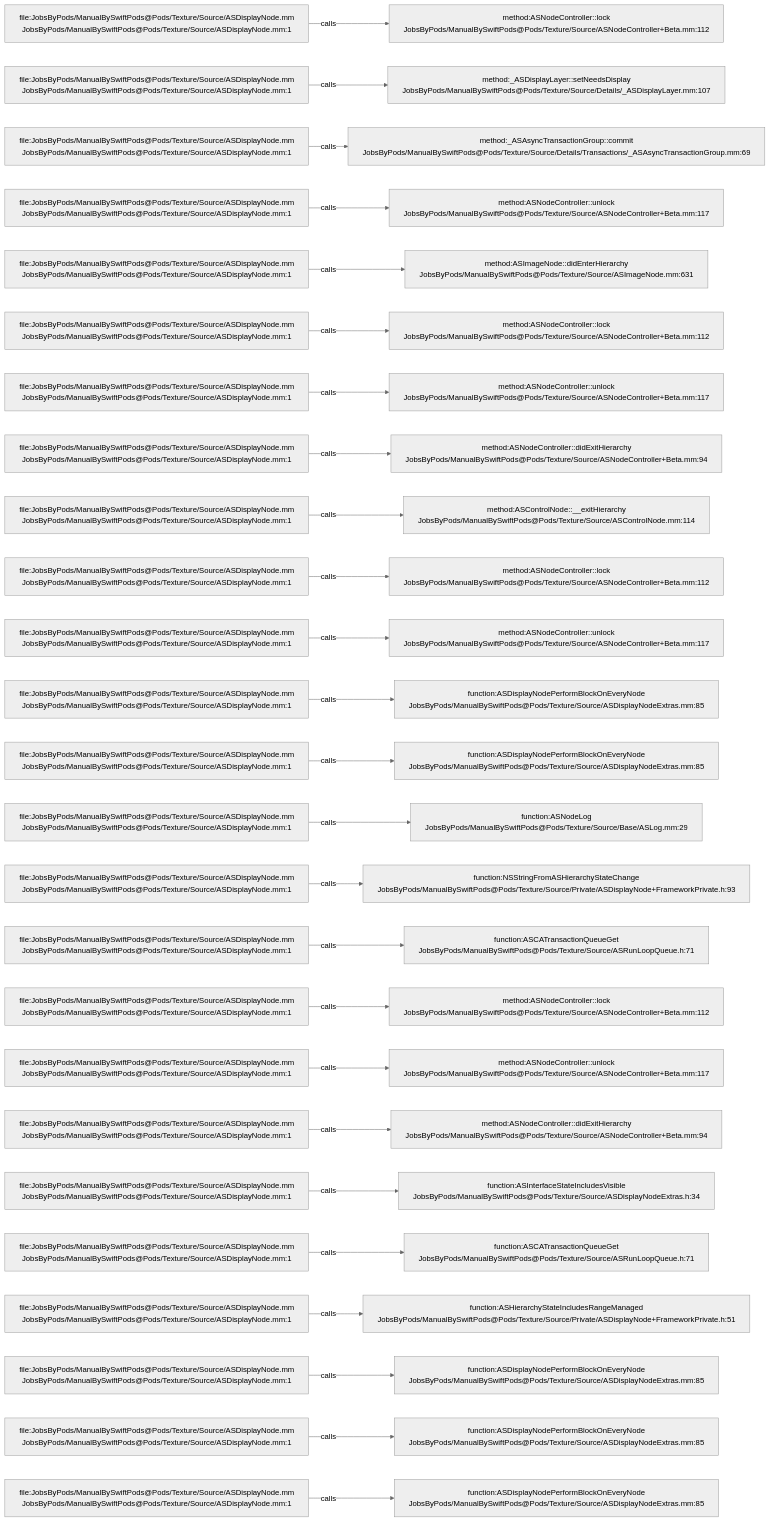
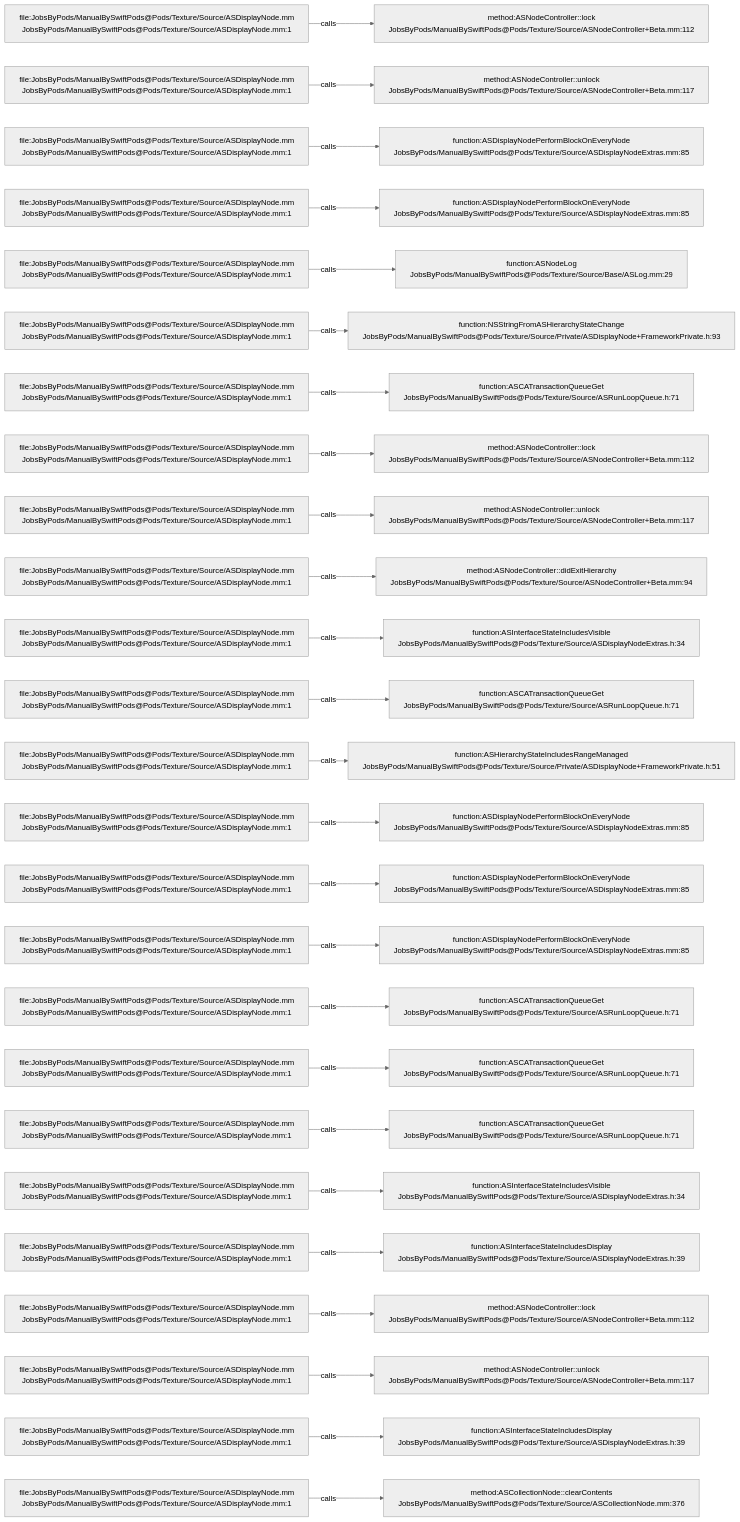
One commit to JobsKits/JobsSwiftBaseConfigDemo changed the diagram in .codegraph/codegraph.md/graphs/calls-034.md. Above: the diagram before and after it, drawn with Mermaid (neutral theme). The commit also changed 707 other files, not shown here.

````diff
--- a/.codegraph/codegraph.md/graphs/calls-034.md
+++ b/.codegraph/codegraph.md/graphs/calls-034.md
@@ -13,78 +13,78 @@
 ```mermaid
 flowchart LR
   S1["file:JobsByPods/ManualBySwiftPods@Pods/Texture/Source/ASDisplayNode.mm<br/>JobsByPods/ManualBySwiftPods@Pods/Texture/Source/ASDisplayNode.mm:1"]
   T1["method:ASNodeController::lock<br/>JobsByPods/ManualBySwiftPods@Pods/Texture/Source/ASNodeController+Beta.mm:112"]
   S1 -->|calls| T1
   S2["file:JobsByPods/ManualBySwiftPods@Pods/Texture/Source/ASDisplayNode.mm<br/>JobsByPods/ManualBySwiftPods@Pods/Texture/Source/ASDisplayNode.mm:1"]
-  T2["method:_ASDisplayLayer::setNeedsDisplay<br/>JobsByPods/ManualBySwiftPods@Pods/Texture/Source/Details/_ASDisplayLayer.mm:107"]
+  T2["method:ASNodeController::unlock<br/>JobsByPods/ManualBySwiftPods@Pods/Texture/Source/ASNodeController+Beta.mm:117"]
   S2 -->|calls| T2
   S3["file:JobsByPods/ManualBySwiftPods@Pods/Texture/Source/ASDisplayNode.mm<br/>JobsByPods/ManualBySwiftPods@Pods/Texture/Source/ASDisplayNode.mm:1"]
-  T3["method:_ASAsyncTransactionGroup::commit<br/>JobsByPods/ManualBySwiftPods@Pods/Texture/Source/Details/Transactions/_ASAsyncTransactionGroup.mm:69"]
+  T3["function:ASDisplayNodePerformBlockOnEveryNode<br/>JobsByPods/ManualBySwiftPods@Pods/Texture/Source/ASDisplayNodeExtras.mm:85"]
   S3 -->|calls| T3
   S4["file:JobsByPods/ManualBySwiftPods@Pods/Texture/Source/ASDisplayNode.mm<br/>JobsByPods/ManualBySwiftPods@Pods/Texture/Source/ASDisplayNode.mm:1"]
-  T4["method:ASNodeController::unlock<br/>JobsByPods/ManualBySwiftPods@Pods/Texture/Source/ASNodeController+Beta.mm:117"]
+  T4["function:ASDisplayNodePerformBlockOnEveryNode<br/>JobsByPods/ManualBySwiftPods@Pods/Texture/Source/ASDisplayNodeExtras.mm:85"]
   S4 -->|calls| T4
   S5["file:JobsByPods/ManualBySwiftPods@Pods/Texture/Source/ASDisplayNode.mm<br/>JobsByPods/ManualBySwiftPods@Pods/Texture/Source/ASDisplayNode.mm:1"]
-  T5["method:ASImageNode::didEnterHierarchy<br/>JobsByPods/ManualBySwiftPods@Pods/Texture/Source/ASImageNode.mm:631"]
+  T5["function:ASNodeLog<br/>JobsByPods/ManualBySwiftPods@Pods/Texture/Source/Base/ASLog.mm:29"]
   S5 -->|calls| T5
   S6["file:JobsByPods/ManualBySwiftPods@Pods/Texture/Source/ASDisplayNode.mm<br/>JobsByPods/ManualBySwiftPods@Pods/Texture/Source/ASDisplayNode.mm:1"]
-  T6["method:ASNodeController::lock<br/>JobsByPods/ManualBySwiftPods@Pods/Texture/Source/ASNodeController+Beta.mm:112"]
+  T6["function:NSStringFromASHierarchyStateChange<br/>JobsByPods/ManualBySwiftPods@Pods/Texture/Source/Private/ASDisplayNode+FrameworkPrivate.h:93"]
   S6 -->|calls| T6
   S7["file:JobsByPods/ManualBySwiftPods@Pods/Texture/Source/ASDisplayNode.mm<br/>JobsByPods/ManualBySwiftPods@Pods/Texture/Source/ASDisplayNode.mm:1"]
-  T7["method:ASNodeController::unlock<br/>JobsByPods/ManualBySwiftPods@Pods/Texture/Source/ASNodeController+Beta.mm:117"]
+  T7["function:ASCATransactionQueueGet<br/>JobsByPods/ManualBySwiftPods@Pods/Texture/Source/ASRunLoopQueue.h:71"]
   S7 -->|calls| T7
   S8["file:JobsByPods/ManualBySwiftPods@Pods/Texture/Source/ASDisplayNode.mm<br/>JobsByPods/ManualBySwiftPods@Pods/Texture/Source/ASDisplayNode.mm:1"]
-  T8["method:ASNodeController::didExitHierarchy<br/>JobsByPods/ManualBySwiftPods@Pods/Texture/Source/ASNodeController+Beta.mm:94"]
+  T8["method:ASNodeController::lock<br/>JobsByPods/ManualBySwiftPods@Pods/Texture/Source/ASNodeController+Beta.mm:112"]
   S8 -->|calls| T8
   S9["file:JobsByPods/ManualBySwiftPods@Pods/Texture/Source/ASDisplayNode.mm<br/>JobsByPods/ManualBySwiftPods@Pods/Texture/Source/ASDisplayNode.mm:1"]
-  T9["method:ASControlNode::__exitHierarchy<br/>JobsByPods/ManualBySwiftPods@Pods/Texture/Source/ASControlNode.mm:114"]
+  T9["method:ASNodeController::unlock<br/>JobsByPods/ManualBySwiftPods@Pods/Texture/Source/ASNodeController+Beta.mm:117"]
   S9 -->|calls| T9
   S10["file:JobsByPods/ManualBySwiftPods@Pods/Texture/Source/ASDisplayNode.mm<br/>JobsByPods/ManualBySwiftPods@Pods/Texture/Source/ASDisplayNode.mm:1"]
-  T10["method:ASNodeController::lock<br/>JobsByPods/ManualBySwiftPods@Pods/Texture/Source/ASNodeController+Beta.mm:112"]
+  T10["method:ASNodeController::didExitHierarchy<br/>JobsByPods/ManualBySwiftPods@Pods/Texture/Source/ASNodeController+Beta.mm:94"]
   S10 -->|calls| T10
   S11["file:JobsByPods/ManualBySwiftPods@Pods/Texture/Source/ASDisplayNode.mm<br/>JobsByPods/ManualBySwiftPods@Pods/Texture/Source/ASDisplayNode.mm:1"]
-  T11["method:ASNodeController::unlock<br/>JobsByPods/ManualBySwiftPods@Pods/Texture/Source/ASNodeController+Beta.mm:117"]
+  T11["function:ASInterfaceStateIncludesVisible<br/>JobsByPods/ManualBySwiftPods@Pods/Texture/Source/ASDisplayNodeExtras.h:34"]
   S11 -->|calls| T11
   S12["file:JobsByPods/ManualBySwiftPods@Pods/Texture/Source/ASDisplayNode.mm<br/>JobsByPods/ManualBySwiftPods@Pods/Texture/Source/ASDisplayNode.mm:1"]
-  T12["function:ASDisplayNodePerformBlockOnEveryNode<br/>JobsByPods/ManualBySwiftPods@Pods/Texture/Source/ASDisplayNodeExtras.mm:85"]
+  T12["function:ASCATransactionQueueGet<br/>JobsByPods/ManualBySwiftPods@Pods/Texture/Source/ASRunLoopQueue.h:71"]
   S12 -->|calls| T12
   S13["file:JobsByPods/ManualBySwiftPods@Pods/Texture/Source/ASDisplayNode.mm<br/>JobsByPods/ManualBySwiftPods@Pods/Texture/Source/ASDisplayNode.mm:1"]
-  T13["function:ASDisplayNodePerformBlockOnEveryNode<br/>JobsByPods/ManualBySwiftPods@Pods/Texture/Source/ASDisplayNodeExtras.mm:85"]
+  T13["function:ASHierarchyStateIncludesRangeManaged<br/>JobsByPods/ManualBySwiftPods@Pods/Texture/Source/Private/ASDisplayNode+FrameworkPrivate.h:51"]
   S13 -->|calls| T13
   S14["file:JobsByPods/ManualBySwiftPods@Pods/Texture/Source/ASDisplayNode.mm<br/>JobsByPods/ManualBySwiftPods@Pods/Texture/Source/ASDisplayNode.mm:1"]
-  T14["function:ASNodeLog<br/>JobsByPods/ManualBySwiftPods@Pods/Texture/Source/Base/ASLog.mm:29"]
+  T14["function:ASDisplayNodePerformBlockOnEveryNode<br/>JobsByPods/ManualBySwiftPods@Pods/Texture/Source/ASDisplayNodeExtras.mm:85"]
   S14 -->|calls| T14
   S15["file:JobsByPods/ManualBySwiftPods@Pods/Texture/Source/ASDisplayNode.mm<br/>JobsByPods/ManualBySwiftPods@Pods/Texture/Source/ASDisplayNode.mm:1"]
-  T15["function:NSStringFromASHierarchyStateChange<br/>JobsByPods/ManualBySwiftPods@Pods/Texture/Source/Private/ASDisplayNode+FrameworkPrivate.h:93"]
+  T15["function:ASDisplayNodePerformBlockOnEveryNode<br/>JobsByPods/ManualBySwiftPods@Pods/Texture/Source/ASDisplayNodeExtras.mm:85"]
   S15 -->|calls| T15
   S16["file:JobsByPods/ManualBySwiftPods@Pods/Texture/Source/ASDisplayNode.mm<br/>JobsByPods/ManualBySwiftPods@Pods/Texture/Source/ASDisplayNode.mm:1"]
-  T16["function:ASCATransactionQueueGet<br/>JobsByPods/ManualBySwiftPods@Pods/Texture/Source/ASRunLoopQueue.h:71"]
+  T16["function:ASDisplayNodePerformBlockOnEveryNode<br/>JobsByPods/ManualBySwiftPods@Pods/Texture/Source/ASDisplayNodeExtras.mm:85"]
   S16 -->|calls| T16
   S17["file:JobsByPods/ManualBySwiftPods@Pods/Texture/Source/ASDisplayNode.mm<br/>JobsByPods/ManualBySwiftPods@Pods/Texture/Source/ASDisplayNode.mm:1"]
-  T17["method:ASNodeController::lock<br/>JobsByPods/ManualBySwiftPods@Pods/Texture/Source/ASNodeController+Beta.mm:112"]
+  T17["function:ASCATransactionQueueGet<br/>JobsByPods/ManualBySwiftPods@Pods/Texture/Source/ASRunLoopQueue.h:71"]
   S17 -->|calls| T17
   S18["file:JobsByPods/ManualBySwiftPods@Pods/Texture/Source/ASDisplayNode.mm<br/>JobsByPods/ManualBySwiftPods@Pods/Texture/Source/ASDisplayNode.mm:1"]
-  T18["method:ASNodeController::unlock<br/>JobsByPods/ManualBySwiftPods@Pods/Texture/Source/ASNodeController+Beta.mm:117"]
+  T18["function:ASCATransactionQueueGet<br/>JobsByPods/ManualBySwiftPods@Pods/Texture/Source/ASRunLoopQueue.h:71"]
   S18 -->|calls| T18
   S19["file:JobsByPods/ManualBySwiftPods@Pods/Texture/Source/ASDisplayNode.mm<br/>JobsByPods/ManualBySwiftPods@Pods/Texture/Source/ASDisplayNode.mm:1"]
-  T19["method:ASNodeController::didExitHierarchy<br/>JobsByPods/ManualBySwiftPods@Pods/Texture/Source/ASNodeController+Beta.mm:94"]
+  T19["function:ASCATransactionQueueGet<br/>JobsByPods/ManualBySwiftPods@Pods/Texture/Source/ASRunLoopQueue.h:71"]
   S19 -->|calls| T19
   S20["file:JobsByPods/ManualBySwiftPods@Pods/Texture/Source/ASDisplayNode.mm<br/>JobsByPods/ManualBySwiftPods@Pods/Texture/Source/ASDisplayNode.mm:1"]
   T20["function:ASInterfaceStateIncludesVisible<br/>JobsByPods/ManualBySwiftPods@Pods/Texture/Source/ASDisplayNodeExtras.h:34"]
   S20 -->|calls| T20
   S21["file:JobsByPods/ManualBySwiftPods@Pods/Texture/Source/ASDisplayNode.mm<br/>JobsByPods/ManualBySwiftPods@Pods/Texture/Source/ASDisplayNode.mm:1"]
-  T21["function:ASCATransactionQueueGet<br/>JobsByPods/ManualBySwiftPods@Pods/Texture/Source/ASRunLoopQueue.h:71"]
+  T21["function:ASInterfaceStateIncludesDisplay<br/>JobsByPods/ManualBySwiftPods@Pods/Texture/Source/ASDisplayNodeExtras.h:39"]
   S21 -->|calls| T21
   S22["file:JobsByPods/ManualBySwiftPods@Pods/Texture/Source/ASDisplayNode.mm<br/>JobsByPods/ManualBySwiftPods@Pods/Texture/Source/ASDisplayNode.mm:1"]
-  T22["function:ASHierarchyStateIncludesRangeManaged<br/>JobsByPods/ManualBySwiftPods@Pods/Texture/Source/Private/ASDisplayNode+FrameworkPrivate.h:51"]
+  T22["method:ASNodeController::lock<br/>JobsByPods/ManualBySwiftPods@Pods/Texture/Source/ASNodeController+Beta.mm:112"]
   S22 -->|calls| T22
   S23["file:JobsByPods/ManualBySwiftPods@Pods/Texture/Source/ASDisplayNode.mm<br/>JobsByPods/ManualBySwiftPods@Pods/Texture/Source/ASDisplayNode.mm:1"]
-  T23["function:ASDisplayNodePerformBlockOnEveryNode<br/>JobsByPods/ManualBySwiftPods@Pods/Texture/Source/ASDisplayNodeExtras.mm:85"]
+  T23["method:ASNodeController::unlock<br/>JobsByPods/ManualBySwiftPods@Pods/Texture/Source/ASNodeController+Beta.mm:117"]
   S23 -->|calls| T23
   S24["file:JobsByPods/ManualBySwiftPods@Pods/Texture/Source/ASDisplayNode.mm<br/>JobsByPods/ManualBySwiftPods@Pods/Texture/Source/ASDisplayNode.mm:1"]
-  T24["function:ASDisplayNodePerformBlockOnEveryNode<br/>JobsByPods/ManualBySwiftPods@Pods/Texture/Source/ASDisplayNodeExtras.mm:85"]
+  T24["function:ASInterfaceStateIncludesDisplay<br/>JobsByPods/ManualBySwiftPods@Pods/Texture/Source/ASDisplayNodeExtras.h:39"]
   S24 -->|calls| T24
   S25["file:JobsByPods/ManualBySwiftPods@Pods/Texture/Source/ASDisplayNode.mm<br/>JobsByPods/ManualBySwiftPods@Pods/Texture/Source/ASDisplayNode.mm:1"]
-  T25["function:ASDisplayNodePerformBlockOnEveryNode<br/>JobsByPods/ManualBySwiftPods@Pods/Texture/Source/ASDisplayNodeExtras.mm:85"]
+  T25["method:ASCollectionNode::clearContents<br/>JobsByPods/ManualBySwiftPods@Pods/Texture/Source/ASCollectionNode.mm:376"]
   S25 -->|calls| T25
 ```
````
